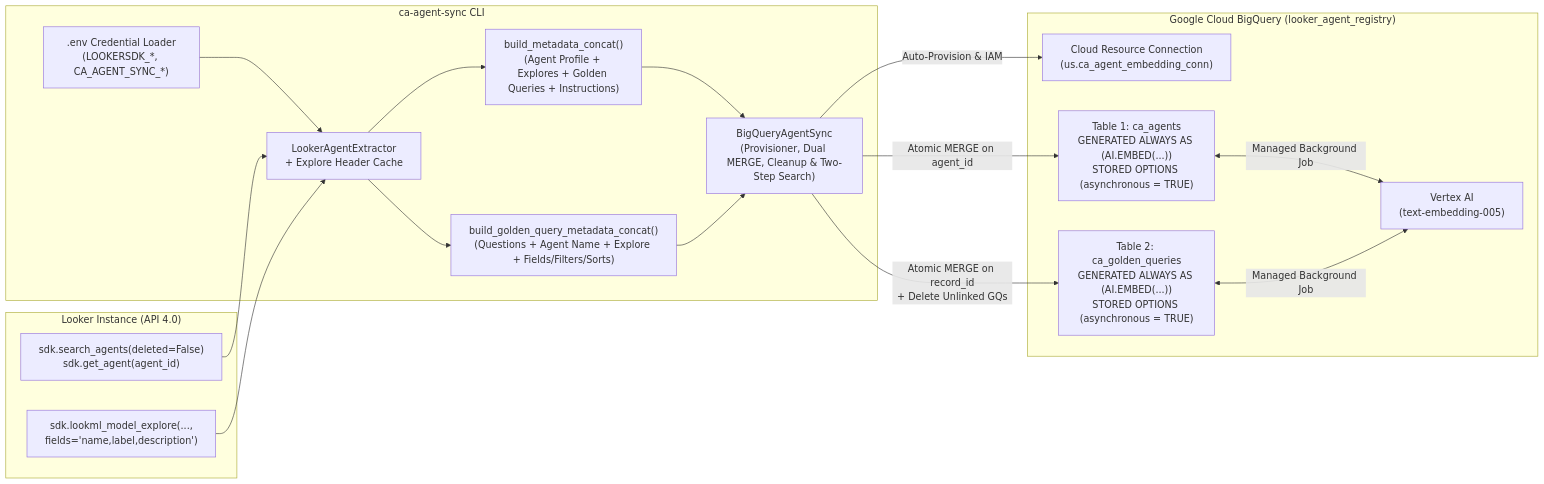
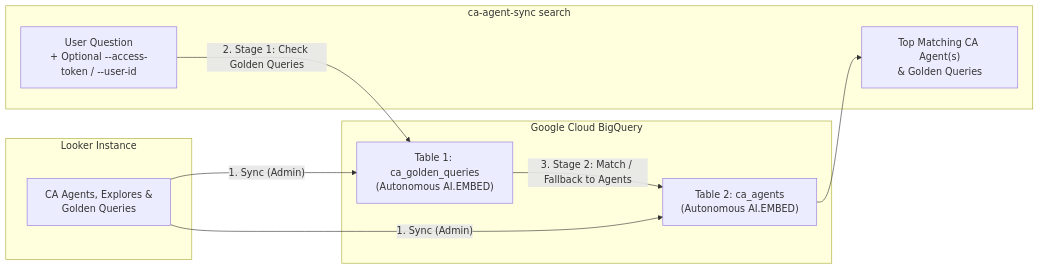
Before and after one commit to lkrdev/looker-ca-agent-search: the diagram in README.md, drawn with Mermaid. The commit also changed other lines of this file and 1 other file, not shown here.

````diff
--- a/README.md
+++ b/README.md
@@ -33,35 +13,22 @@
 ```mermaid
 flowchart LR
-    subgraph Looker["Looker Instance (API 4.0)"]
-        SA["sdk.search_agents(deleted=False)<br/>sdk.get_agent(agent_id)"]
-        EX["sdk.lookml_model_explore(...,<br/>fields='name,label,description')"]
+    subgraph Looker["Looker Instance"]
+        CA["CA Agents, Explores &<br/>Golden Queries"]
     end
 
-    subgraph CLI["ca-agent-sync CLI"]
-        ENV[".env Credential Loader<br/>(LOOKERSDK_*, CA_AGENT_SYNC_*)"]
-        EXT["LookerAgentExtractor<br/>+ Explore Header Cache"]
-        ACONCAT["build_metadata_concat()<br/>(Agent Profile + Explores + Golden Queries + Instructions)"]
-        GQCONCAT["build_golden_query_metadata_concat()<br/>(Questions + Agent Name + Explore + Fields/Filters/Sorts)"]
-        BQ["BigQueryAgentSync<br/>(Provisioner, Dual MERGE, Cleanup & Two-Step Search)"]
+    subgraph BQ["Google Cloud BigQuery"]
+        GQ["Table 1: ca_golden_queries<br/>(Autonomous AI.EMBED)"]
+        AG["Table 2: ca_agents<br/>(Autonomous AI.EMBED)"]
     end
 
-    subgraph GCP["Google Cloud BigQuery (looker_agent_registry)"]
-        CONN["Cloud Resource Connection<br/>(us.ca_agent_embedding_conn)"]
-        ATBL["Table 1: ca_agents<br/>GENERATED ALWAYS AS (AI.EMBED(...))<br/>STORED OPTIONS (asynchronous = TRUE)"]
-        GQTBL["Table 2: ca_golden_queries<br/>GENERATED ALWAYS AS (AI.EMBED(...))<br/>STORED OPTIONS (asynchronous = TRUE)"]
-        VAI["Vertex AI<br/>(text-embedding-005)"]
+    subgraph Search["ca-agent-sync search"]
+        Q["User Question<br/>+ Optional --access-token / --user-id"]
+        R["Top Matching CA Agent(s)<br/>& Golden Queries"]
     end
 
-    ENV --> EXT
-    SA --> EXT
-    EX --> EXT
-    EXT --> ACONCAT
-    EXT --> GQCONCAT
-    ACONCAT --> BQ
-    GQCONCAT --> BQ
-    BQ -->|Auto-Provision & IAM| CONN
-    BQ -->|Atomic MERGE on agent_id| ATBL
-    BQ -->|Atomic MERGE on record_id<br/>+ Delete Unlinked GQs| GQTBL
-    ATBL <-->|Managed Background Job| VAI
-    GQTBL <-->|Managed Background Job| VAI
+    CA -->|"1. Sync (Admin)"| GQ
+    CA -->|"1. Sync (Admin)"| AG
+    Q -->|"2. Stage 1: Check Golden Queries"| GQ
+    GQ -->|"3. Stage 2: Match / Fallback to Agents"| AG
+    AG --> R
 ```
````
